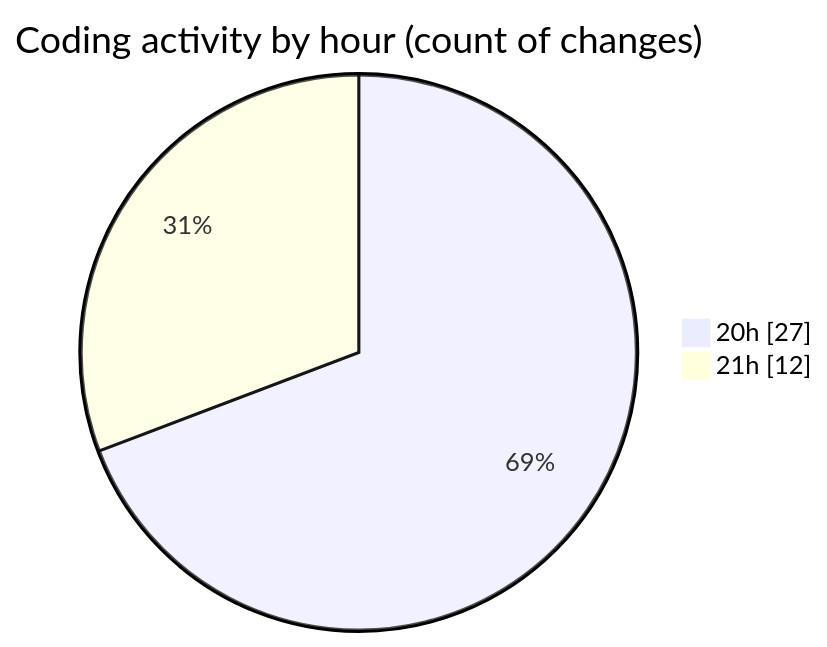
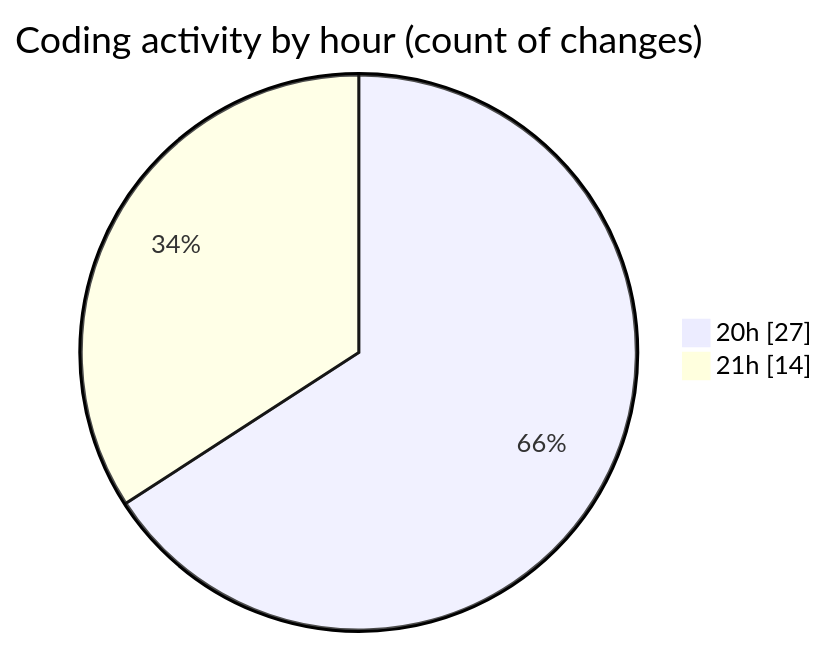
Before and after one commit to momahboobian/code-tracking: the second of 2 diagrams in 2025-02-16/iptv_moreel_me/README.md, drawn with Mermaid. The commit also changed other lines of this file and 1 other file, not shown here.

````diff
--- a/2025-02-16/iptv_moreel_me/README.md
+++ b/2025-02-16/iptv_moreel_me/README.md
@@ -28,6 +28,6 @@
 ```mermaid
 pie showData
 title Coding activity by hour (count of changes)
 "20h" : 27
-"21h" : 12
+"21h" : 14
 ```
````
